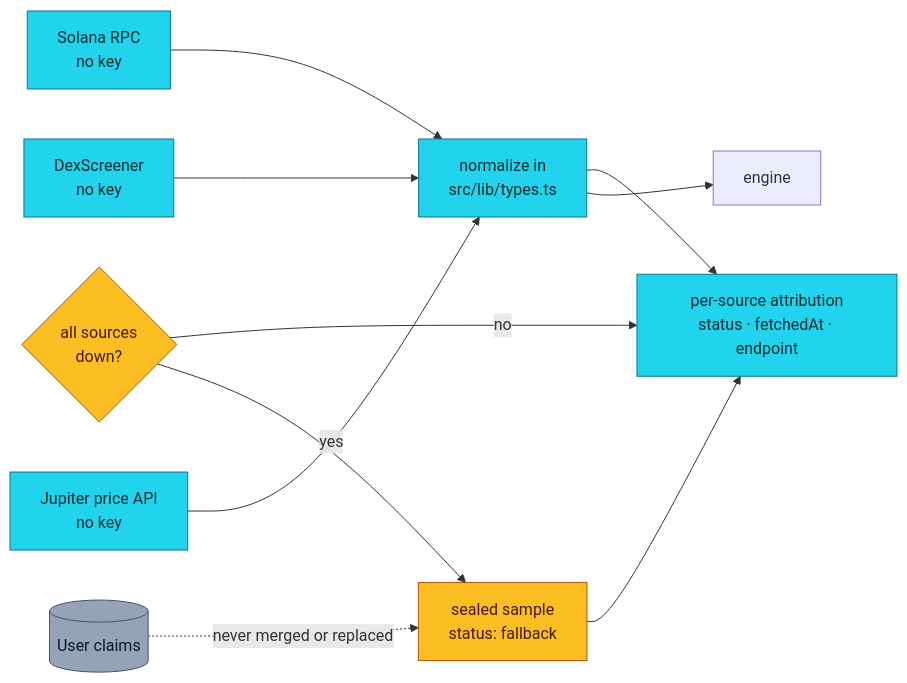
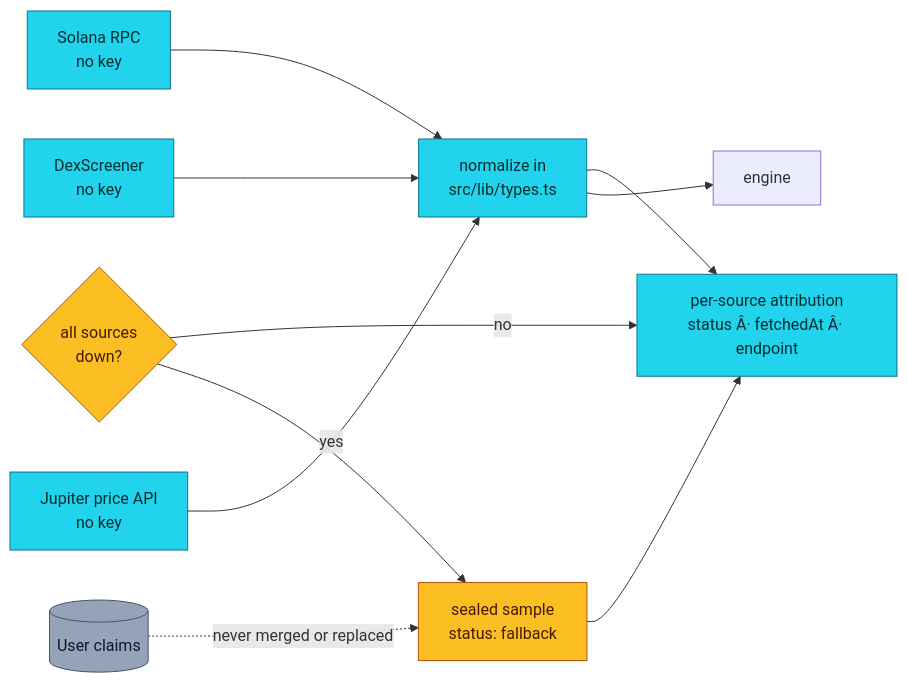
One commit to aniruddhaadak80/mintline changed the third of 8 diagrams in README.md. Above: the diagram before and after it, drawn with Mermaid. The commit also changed other lines of this file and 3 other files, not shown here.

````diff
--- a/README.md
+++ b/README.md
@@ -316,20 +316,20 @@
 ```mermaid
 graph LR
   RPC["Solana RPC<br/>no key"] --> Norm["normalize in<br/>src/lib/types.ts"]
   Dex["DexScreener<br/>no key"] --> Norm
   Jup["Jupiter price API<br/>no key"] --> Norm
-  Norm --> Sources["per-source attribution<br/>status · fetchedAt · endpoint"]
+  Norm --> Sources["per-source attribution<br/>status Â· fetchedAt Â· endpoint"]
   Norm --> Engine["engine"]
   Alt{"all sources<br/>down?"}
   Alt -->|no| Sources
   Alt -->|yes| Sample["sealed sample<br/>status: fallback"]
   Sample --> Sources
   Store[("User claims")] -.->|"never merged or replaced"| Sample
 
   classDef live fill:#22d3ee,stroke:#0e7490,color:#042f2e
   classDef warn fill:#fbbf24,stroke:#b45309,color:#451a03
   classDef store fill:#94a3b8,stroke:#475569,color:#0f172a
   class RPC,Dex,Jup,Norm,Sources live
   class Sample,Alt warn
   class Store store
 ```
````
